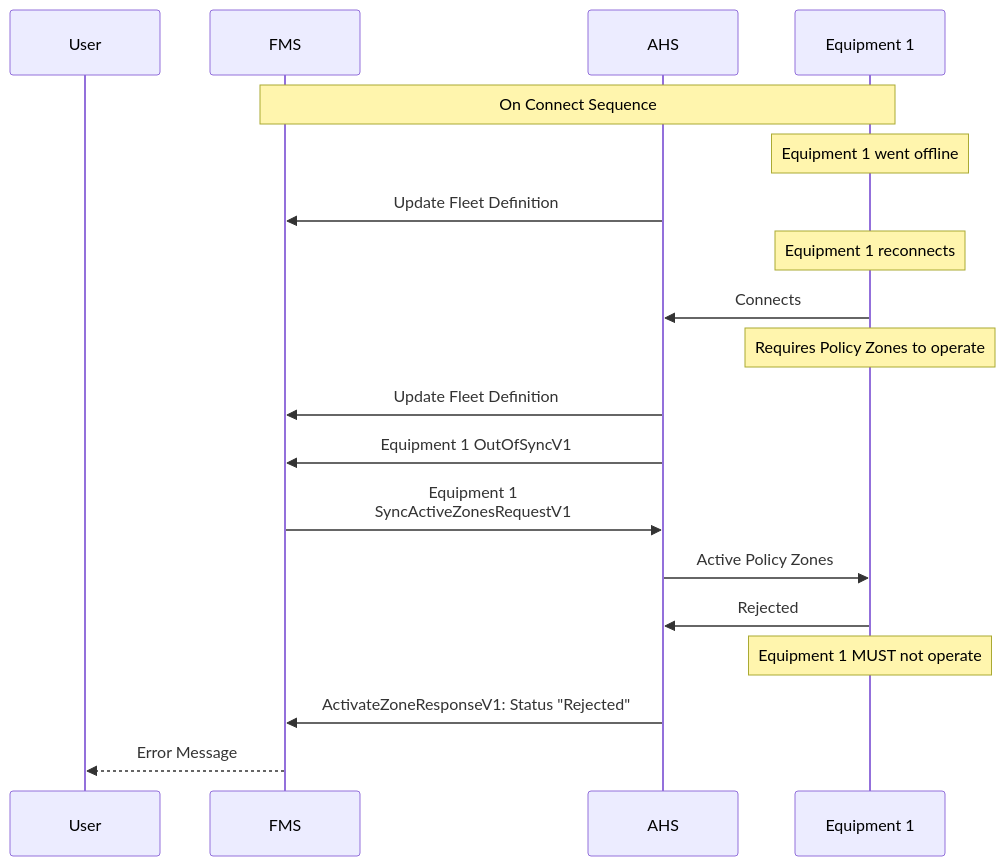
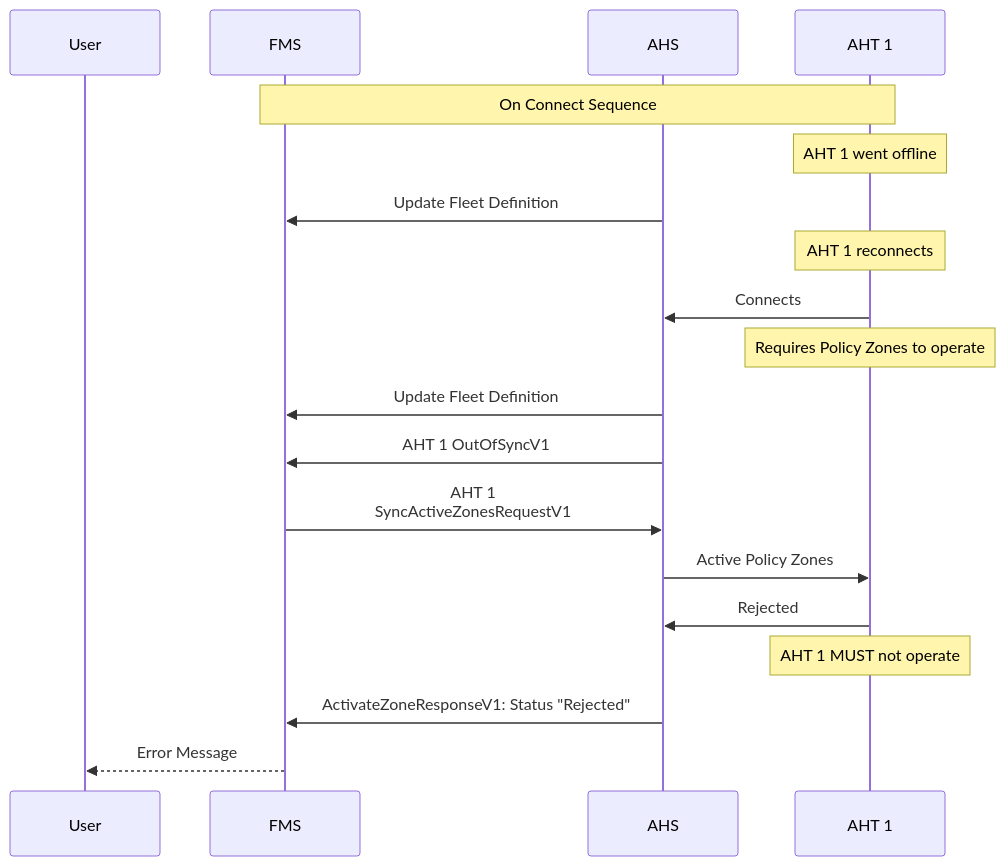
Before and after one commit to open-autonomy/zone: the third of 3 diagrams in diagram/Resynchronisation.md, drawn with Mermaid. The commit also changed other lines of this file and 15 other files, not shown here.

Commit message:
updated language equipment to AHT

````diff
--- a/diagram/Resynchronisation.md
+++ b/diagram/Resynchronisation.md
@@ -103,31 +103,31 @@
 ```mermaid
 sequenceDiagram
     participant User
     participant FMS
     participant AHS
-    participant Equipment 1
+    participant AHT 1
 
-    Note over FMS,Equipment 1: On Connect Sequence
-    Note over Equipment 1: Equipment 1 went offline
+    Note over FMS,AHT 1: On Connect Sequence
+    Note over AHT 1: AHT 1 went offline
     AHS->>FMS: Update Fleet Definition
 
-    Note Over Equipment 1: Equipment 1 reconnects
+    Note Over AHT 1: AHT 1 reconnects
 
-    Equipment 1->>AHS: Connects
-    Note Over Equipment 1: Requires Policy Zones to operate
+    AHT 1->>AHS: Connects
+    Note Over AHT 1: Requires Policy Zones to operate
     AHS->>FMS: Update Fleet Definition
 
-    AHS->>FMS: Equipment 1 OutOfSyncV1
+    AHS->>FMS: AHT 1 OutOfSyncV1
 
-    FMS->>AHS: Equipment 1 <br/> SyncActiveZonesRequestV1
-    AHS->>Equipment 1: Active Policy Zones
+    FMS->>AHS: AHT 1 <br/> SyncActiveZonesRequestV1
+    AHS->>AHT 1: Active Policy Zones
 
-    Equipment 1->>AHS: Rejected
+    AHT 1->>AHS: Rejected
 
-    Note Over Equipment 1: Equipment 1 MUST not operate
+    Note Over AHT 1: AHT 1 MUST not operate
 
     AHS->>FMS: ActivateZoneResponseV1: Status "Rejected"
 
     FMS-->>User: Error Message
 
 ```
````
